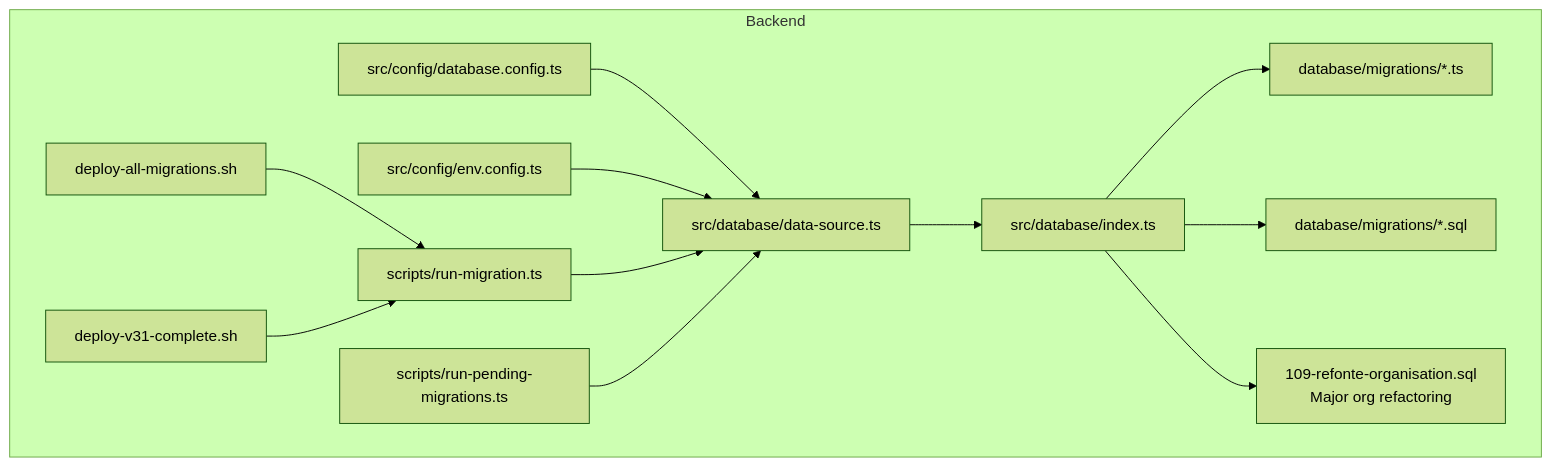
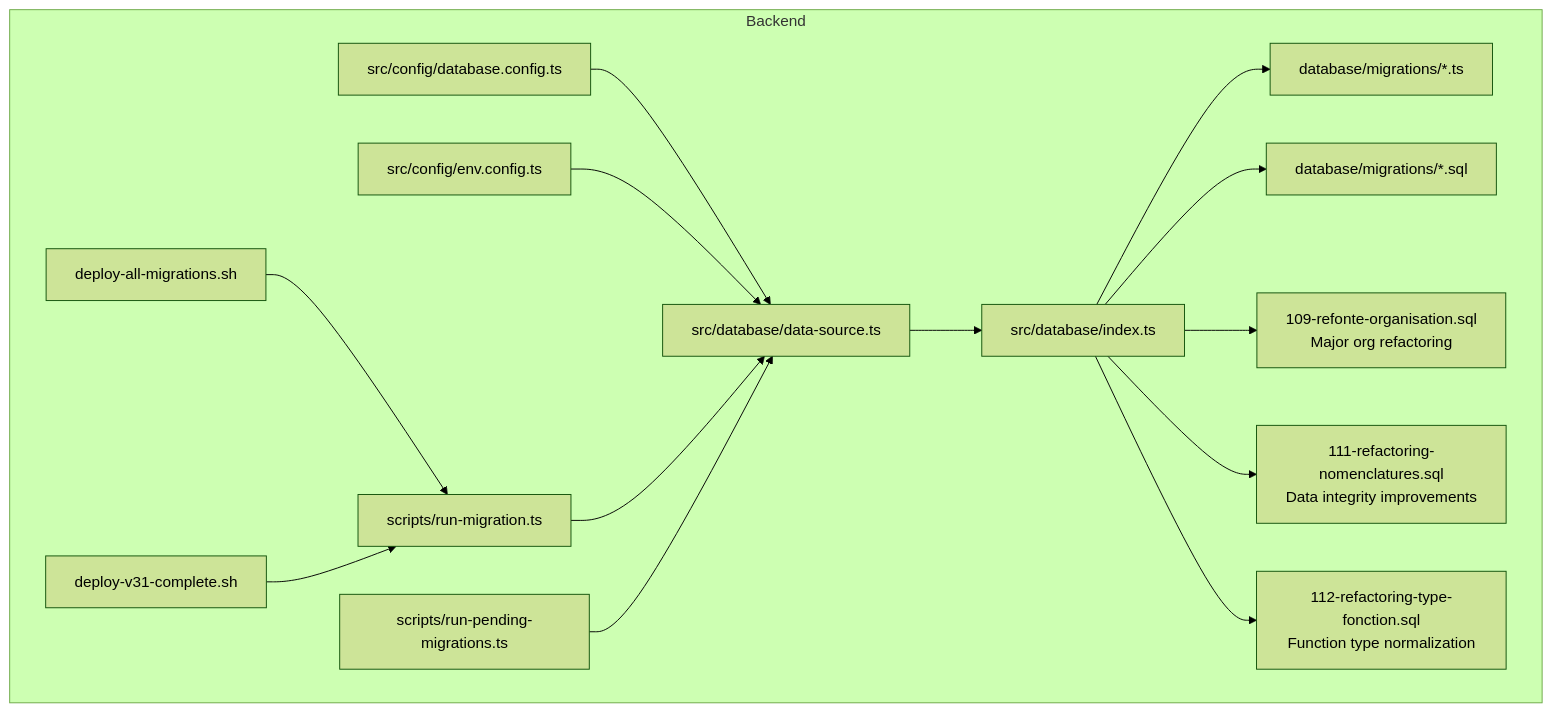
One commit to franckylab/eLISAschool changed the first of 4 diagrams in .qoder/repowiki/en/content/System Architecture/Database Architecture/Database Migrations & Version Control.md. Above: the diagram before and after it, drawn with Mermaid (forest theme). The commit also changed other lines of this file and 97 other files, not shown here.

````diff
--- a/.qoder/repowiki/en/content/System Architecture/Database Architecture/Database Migrations & Version Control.md
+++ b/.qoder/repowiki/en/content/System Architecture/Database Architecture/Database Migrations & Version Control.md
@@ -56,26 +58,30 @@
 ```mermaid
 graph TB
 subgraph "Backend"
 A["src/config/database.config.ts"]
 B["src/config/env.config.ts"]
 C["src/database/data-source.ts"]
 D["src/database/index.ts"]
 E["database/migrations/*.ts"]
 F["database/migrations/*.sql"]
 G["scripts/run-migration.ts"]
 H["scripts/run-pending-migrations.ts"]
 I["deploy-all-migrations.sh"]
 J["deploy-v31-complete.sh"]
 K["109-refonte-organisation.sql<br/>Major org refactoring"]
+L["111-refactoring-nomenclatures.sql<br/>Data integrity improvements"]
+M["112-refactoring-type-fonction.sql<br/>Function type normalization"]
 end
 A --> C
 B --> C
 C --> D
 D --> E
 D --> F
 D --> K
+D --> L
+D --> M
 G --> C
 H --> C
 I --> G
 J --> G
 ```
````
